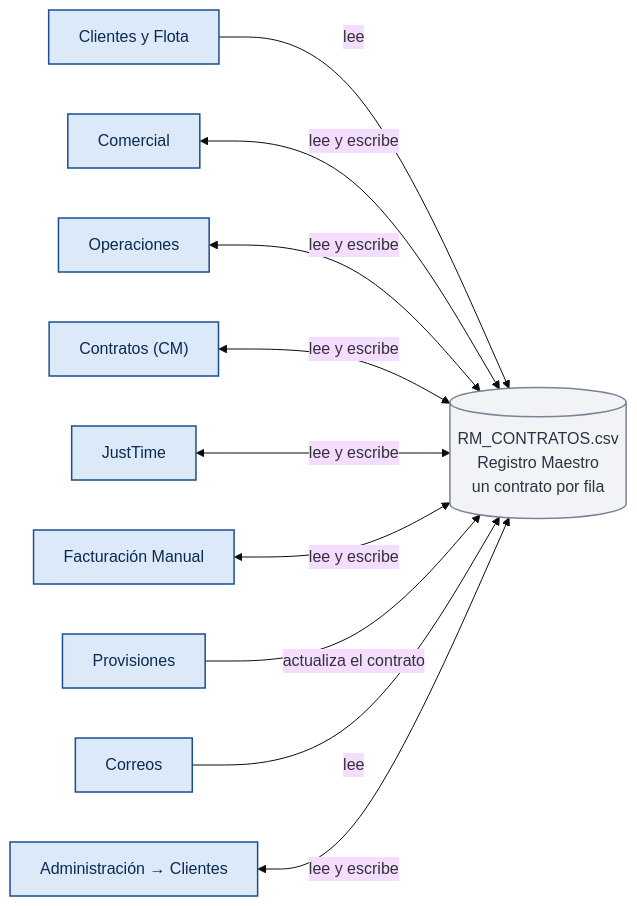
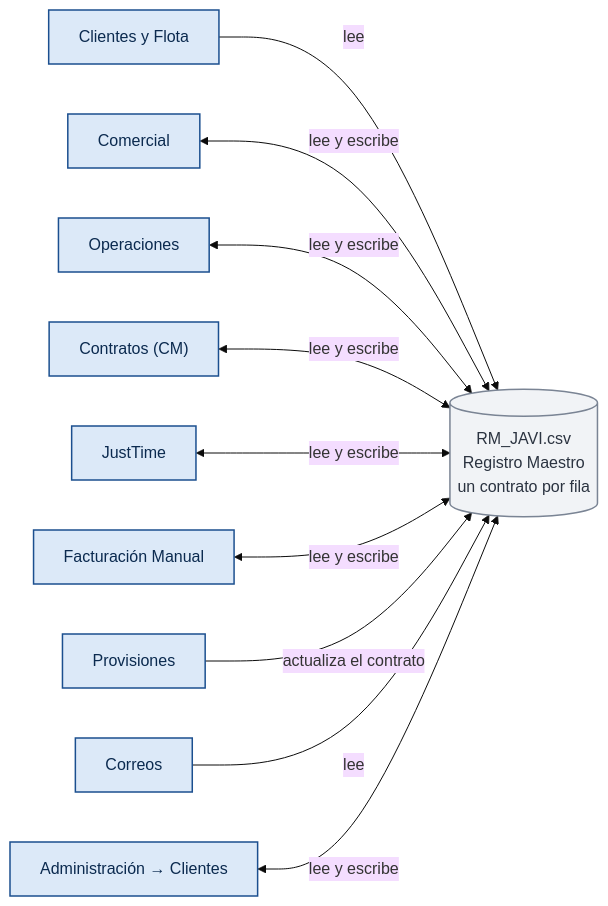
One commit to felipeMon20/PTY4614-302-EQUIPO-2 changed the eighth of 31 diagrams in Fase 2/Evidencias Proyecto/Evidencias de documentación/docs/08. Arquitectura Visual y Diagramas.md. Above: the diagram before and after it, drawn with Mermaid (base theme). The commit also changed other lines of this file and 229 other files, not shown here.

````diff
--- a/Fase 2/Evidencias Proyecto/Evidencias de documentación/docs/08. Arquitectura Visual y Diagramas.md
+++ b/Fase 2/Evidencias Proyecto/Evidencias de documentación/docs/08. Arquitectura Visual y Diagramas.md
@@ -274,21 +274,21 @@
 ```mermaid
 flowchart LR
-    RM[("RM_CONTRATOS.csv<br/>Registro Maestro<br/>un contrato por fila")]:::archivo
+    RM[("RM_JAVI.csv<br/>Registro Maestro<br/>un contrato por fila")]:::archivo
     GEN["Clientes y Flota"]:::pantalla -->|lee| RM
     COM["Comercial"]:::pantalla <-->|lee y escribe| RM
     OPE["Operaciones"]:::pantalla <-->|lee y escribe| RM
     CMS["Contratos (CM)"]:::pantalla <-->|lee y escribe| RM
     JTI["JustTime"]:::pantalla <-->|lee y escribe| RM
     FMA["Facturación Manual"]:::pantalla <-->|lee y escribe| RM
     PRO["Provisiones"]:::pantalla -->|actualiza el contrato| RM
     COR["Correos"]:::pantalla -->|lee| RM
     CLI["Administración → Clientes"]:::pantalla <-->|lee y escribe| RM
     classDef pantalla fill:#DCE9F8,stroke:#1B4F8F,color:#0B2A4F,stroke-width:1.5px
     classDef grupo fill:#1B4F8F,stroke:#0B2A4F,color:#FFFFFF,stroke-width:1.5px
     classDef accion fill:#E3F4E8,stroke:#2E7D4F,color:#14452A,stroke-width:1.5px
     classDef archivo fill:#F1F3F6,stroke:#7A8494,color:#2B3340,stroke-width:1.5px
     classDef externo fill:#EDE7F6,stroke:#6B4FA8,color:#3A2670,stroke-width:1.5px
     classDef alerta fill:#FDECEC,stroke:#B3372F,color:#6E1712,stroke-width:1.5px
     classDef aviso fill:#FFF4D6,stroke:#B58100,color:#5C4300,stroke-width:1.5px
     classDef neutro fill:#FFFFFF,stroke:#8A94A6,color:#2B3340,stroke-width:1.5px
 ```
````
